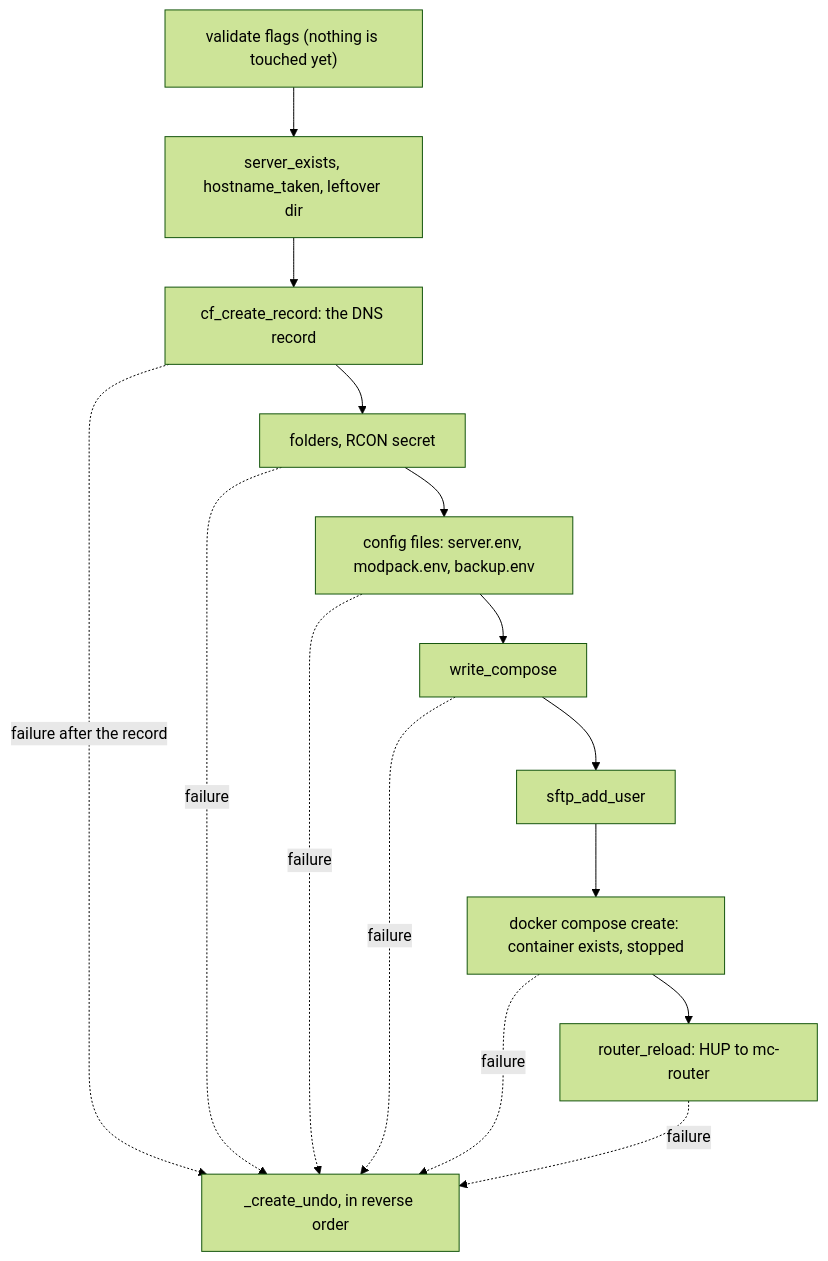
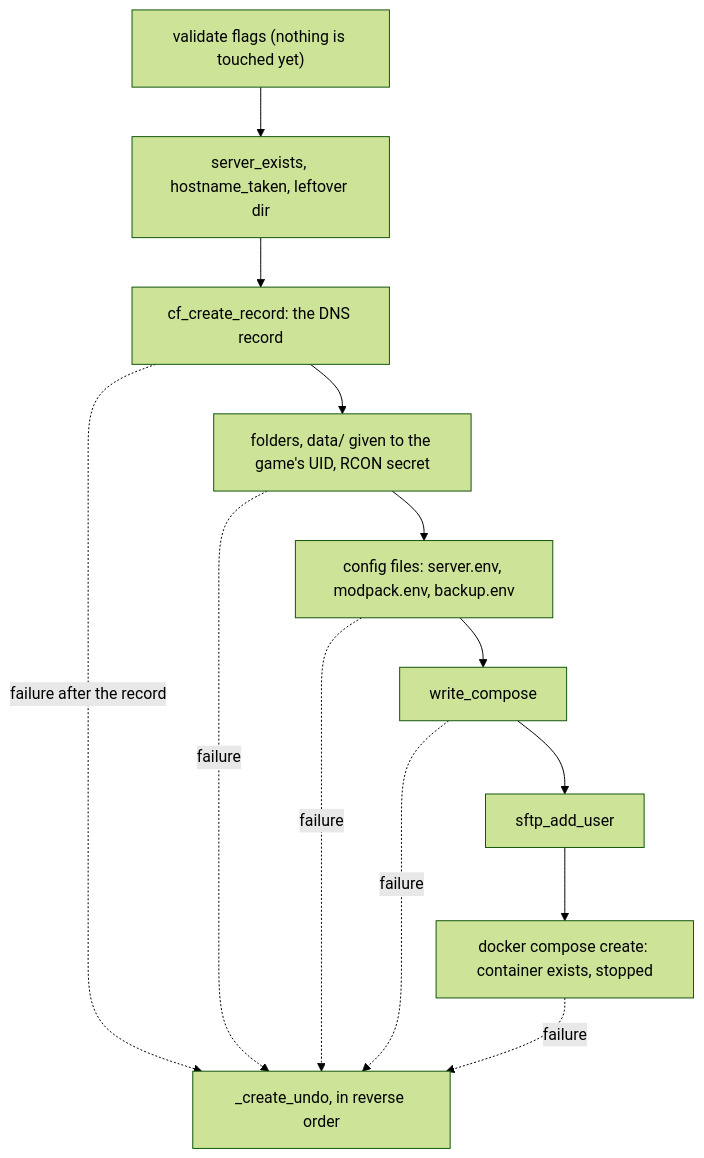
The first of 6 diagrams in single-standalone/docs/architecture.md (Tokenzrey/Pterodactyl), drawn with Mermaid (forest theme) before and after one commit. The commit also changed other lines of this file and 38 other files, not shown here.

````diff
--- a/single-standalone/docs/architecture.md
+++ b/single-standalone/docs/architecture.md
@@ -9,17 +9,15 @@
 ```mermaid
 flowchart TD
     A["validate flags (nothing is touched yet)"] --> B["server_exists, hostname_taken, leftover dir"]
     B --> C["cf_create_record: the DNS record"]
-    C --> D["folders, RCON secret"]
+    C --> D["folders, data/ given to the game's UID, RCON secret"]
     D --> E["config files: server.env, modpack.env, backup.env"]
     E --> F["write_compose"]
     F --> G["sftp_add_user"]
     G --> H["docker compose create: container exists, stopped"]
-    H --> I["router_reload: HUP to mc-router"]
     C -. "failure after the record" .-> U["_create_undo, in reverse order"]
     D -. "failure" .-> U
     E -. "failure" .-> U
     F -. "failure" .-> U
     H -. "failure" .-> U
-    I -. "failure" .-> U
 ```
````
